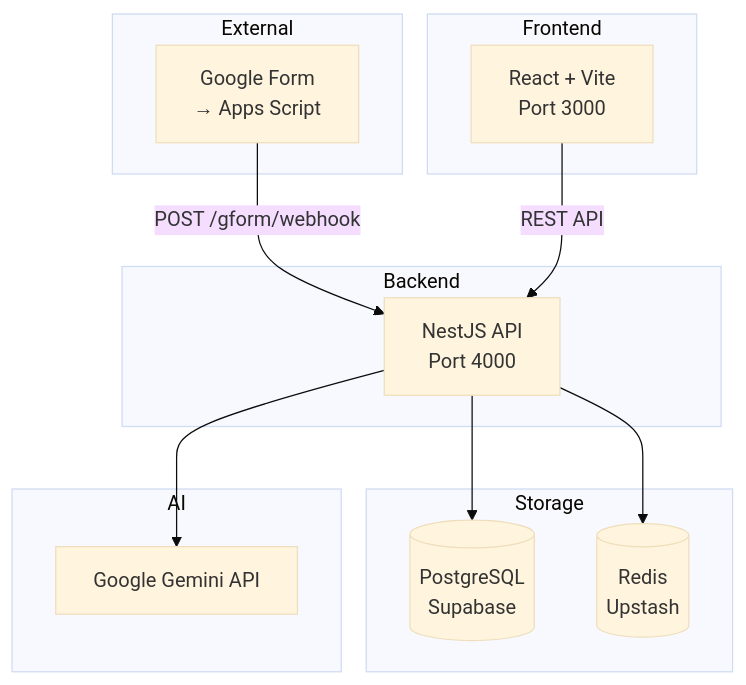
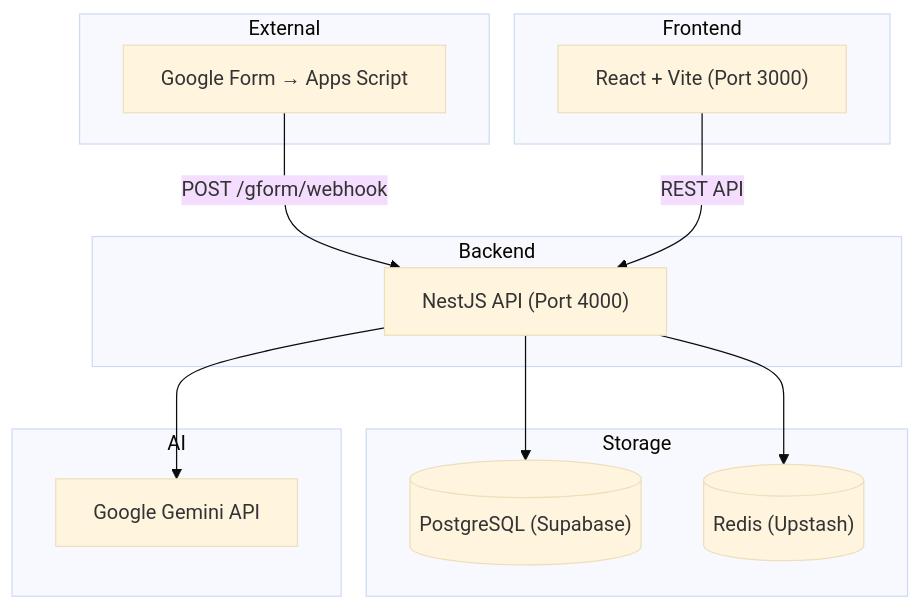
One commit to NiMain00/Kinetic-CRM changed the first of 2 diagrams in README.md. Above: the diagram before and after it, drawn with Mermaid (base theme). The commit also changed other lines of this file, not shown here.

Commit message:
fix: escape Mermaid node labels to fix render error

````diff
--- a/README.md
+++ b/README.md
@@ -155,29 +155,29 @@
 ```mermaid
 graph TB
     subgraph Frontend
-        REACT[React + Vite<br/>Port 3000]
+        REACT["React + Vite (Port 3000)"]
     end
     
     subgraph Backend
-        NEST[NestJS API<br/>Port 4000]
+        NEST["NestJS API (Port 4000)"]
     end
     
     subgraph Storage
-        PG[(PostgreSQL<br/>Supabase)]
-        REDIS[(Redis<br/>Upstash)]
+        PG[("PostgreSQL (Supabase)")]
+        REDIS[("Redis (Upstash)")]
     end
     
     subgraph AI
-        GEMINI[Google Gemini API]
+        GEMINI["Google Gemini API"]
     end
     
     subgraph External
-        GF[Google Form<br/>→ Apps Script]
+        GF["Google Form → Apps Script"]
     end
     
-    GF -->|POST /gform/webhook| NEST
-    REACT -->|REST API| NEST
+    GF -->|"POST /gform/webhook"| NEST
+    REACT -->|"REST API"| NEST
     NEST --> PG
     NEST --> REDIS
     NEST --> GEMINI
 ```
````
